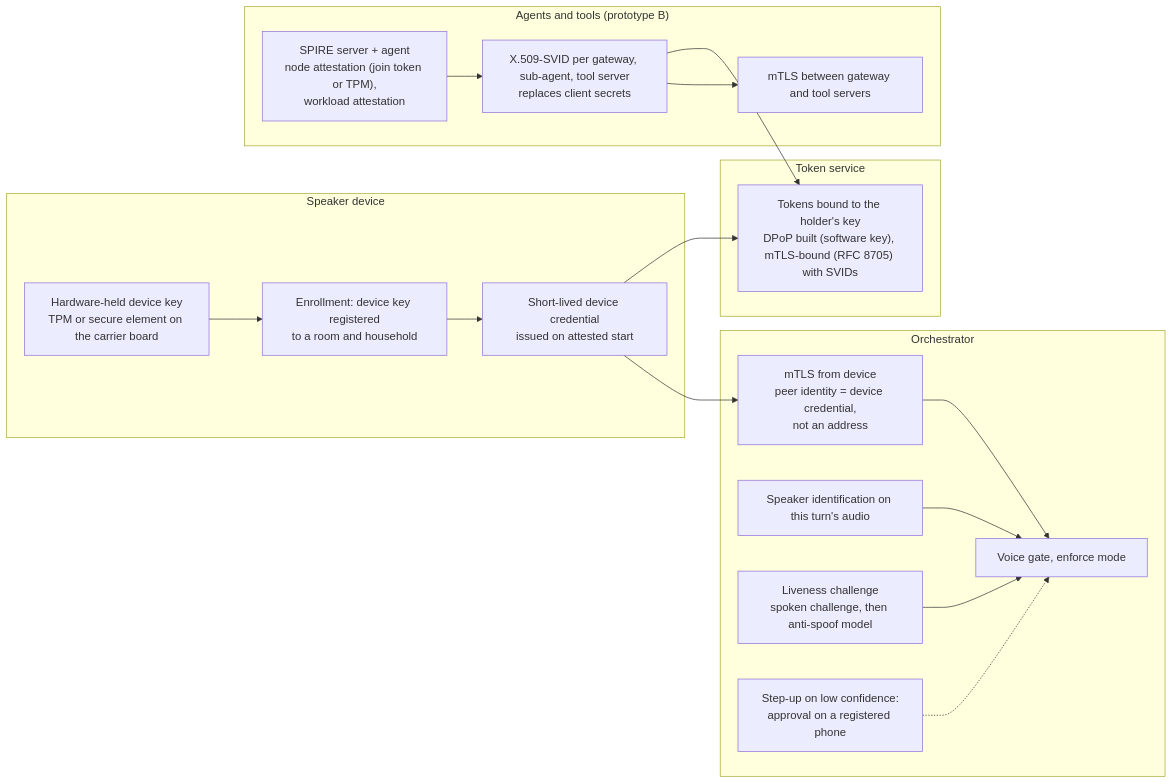
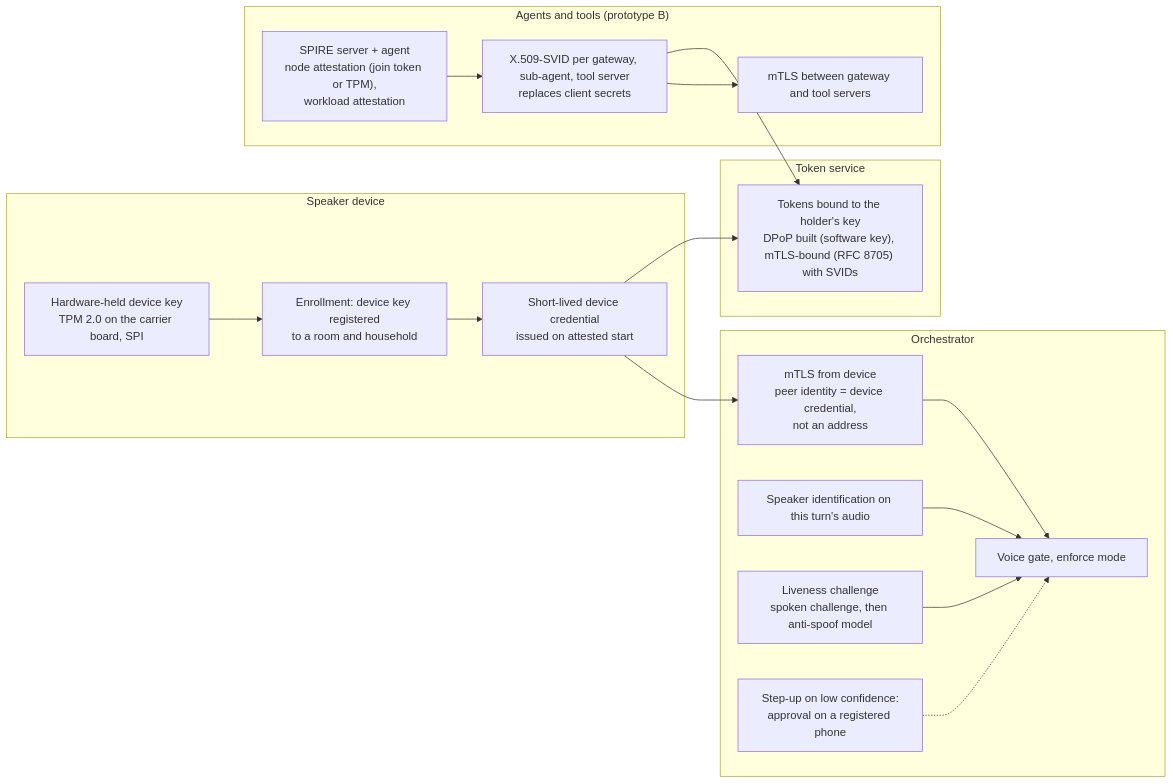
Before and after one commit to ianisms/ai-orchestrator: the second of 5 diagrams in security/DIAGRAMS.md, drawn with Mermaid. The commit also changed other lines of this file and 6 other files, not shown here.

First line of the commit message:
docs: future state is a TPM 2.0 on the carrier-board PCB

````diff
--- a/security/DIAGRAMS.md
+++ b/security/DIAGRAMS.md
@@ -86,34 +86,34 @@
 ```mermaid
 flowchart LR
     subgraph Device["Speaker device"]
-        TPM["Hardware-held device key<br/>TPM or secure element on the carrier board"]
+        TPM["Hardware-held device key<br/>TPM 2.0 on the carrier board, SPI"]
         ENR["Enrollment: device key registered<br/>to a room and household"]
         DCRED["Short-lived device credential<br/>issued on attested start"]
     end
 
     subgraph Orch["Orchestrator"]
         MTLS["mTLS from device<br/>peer identity = device credential,<br/>not an address"]
         SID["Speaker identification on this turn's audio"]
         LIVE["Liveness challenge<br/>spoken challenge, then anti-spoof model"]
         STEP["Step-up on low confidence:<br/>approval on a registered phone"]
         GATE["Voice gate, enforce mode"]
     end
 
     subgraph Workloads["Agents and tools (prototype B)"]
         SPIRE["SPIRE server + agent<br/>node attestation (join token or TPM),<br/>workload attestation"]
         SVID["X.509-SVID per gateway, sub-agent, tool server<br/>replaces client secrets"]
         WMTLS["mTLS between gateway and tool servers"]
     end
 
     subgraph STS["Token service"]
         BIND["Tokens bound to the holder's key<br/>DPoP built (software key), mTLS-bound (RFC 8705) with SVIDs"]
     end
 
     TPM --> ENR --> DCRED --> MTLS --> GATE
     SID --> GATE
     LIVE --> GATE
     STEP -.-> GATE
     SPIRE --> SVID --> WMTLS
     SVID --> BIND
     DCRED --> BIND
 ```
````
